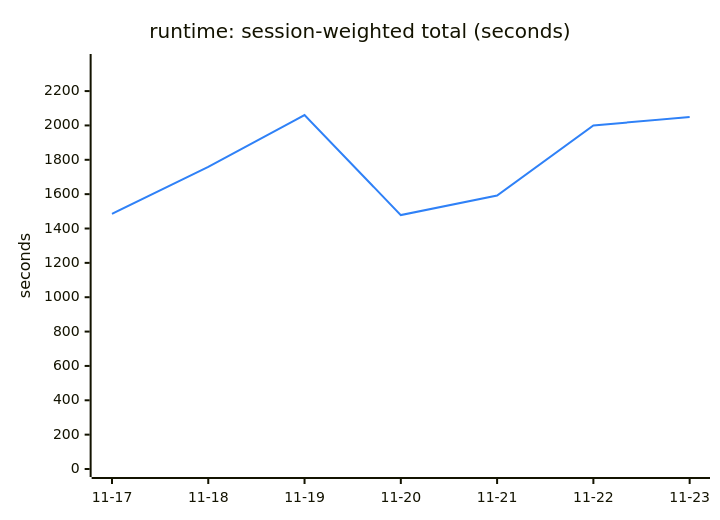
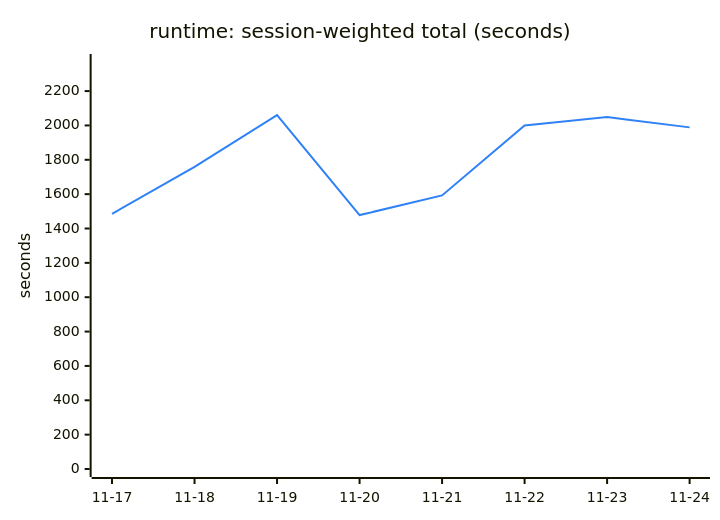
Before and after one commit to Ricovl/mxcli: the sixth of 6 diagrams in TREND.md, drawn with Mermaid. The commit also changed other lines of this file and 2 other files, not shown here.

````diff
--- a/TREND.md
+++ b/TREND.md
@@ -137,13 +137,13 @@
 ```mermaid
 ---
 config:
   themeVariables:
     xyChart:
       plotColorPalette: "#2f81f7"
 ---
 xychart-beta
     title "runtime: session-weighted total (seconds)"
-    x-axis ["11-17", "11-18", "11-19", "11-20", "11-21", "11-22", "11-23"]
+    x-axis ["11-17", "11-18", "11-19", "11-20", "11-21", "11-22", "11-23", "11-24"]
     y-axis "seconds" 0 --> 2369.30
-    line [1485.35, 1758.30, 2060.26, 1478.08, 1592.45, 1999.87, 2048.73]
+    line [1485.35, 1758.30, 2060.26, 1478.08, 1592.45, 1999.87, 2048.73, 1988.73]
 ```
````
